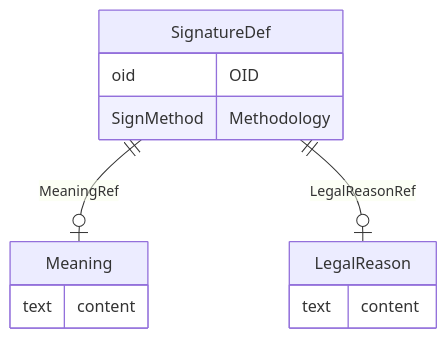
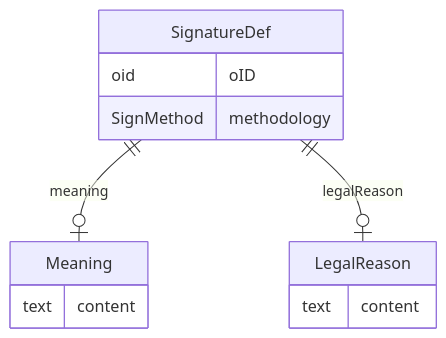
Before and after one commit to cdisc-org/DataExchange-ODM-LinkML: the diagram in docs/SignatureDef.md, drawn with Mermaid. The commit also changed other lines of this file and 759 other files, not shown here.

````diff
--- a/docs/SignatureDef.md
+++ b/docs/SignatureDef.md
@@ -11,17 +11,17 @@
 ```mermaid
 erDiagram
 SignatureDef {
-    oid OID  
-    SignMethod Methodology  
+    oid oID  
+    SignMethod methodology  
 }
 LegalReason {
     text content  
 }
 Meaning {
     text content  
 }
 
-SignatureDef ||--|o Meaning : "MeaningRef"
-SignatureDef ||--|o LegalReason : "LegalReasonRef"
+SignatureDef ||--|o Meaning : "meaning"
+SignatureDef ||--|o LegalReason : "legalReason"
 
 ```
````
